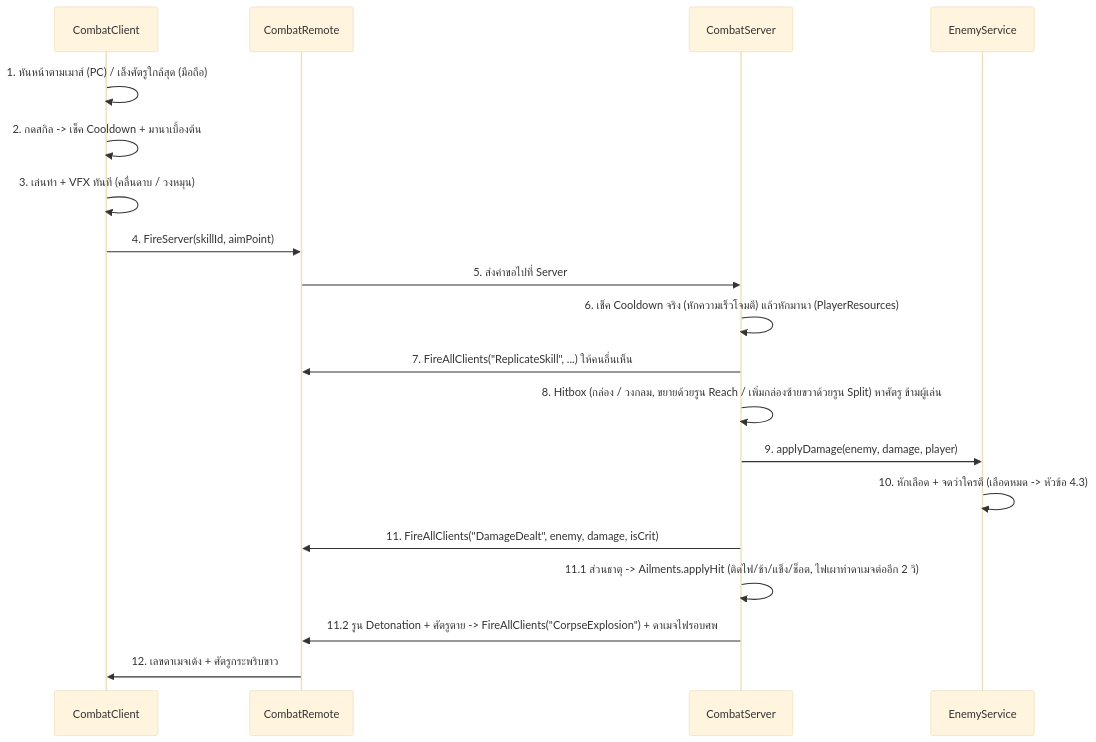
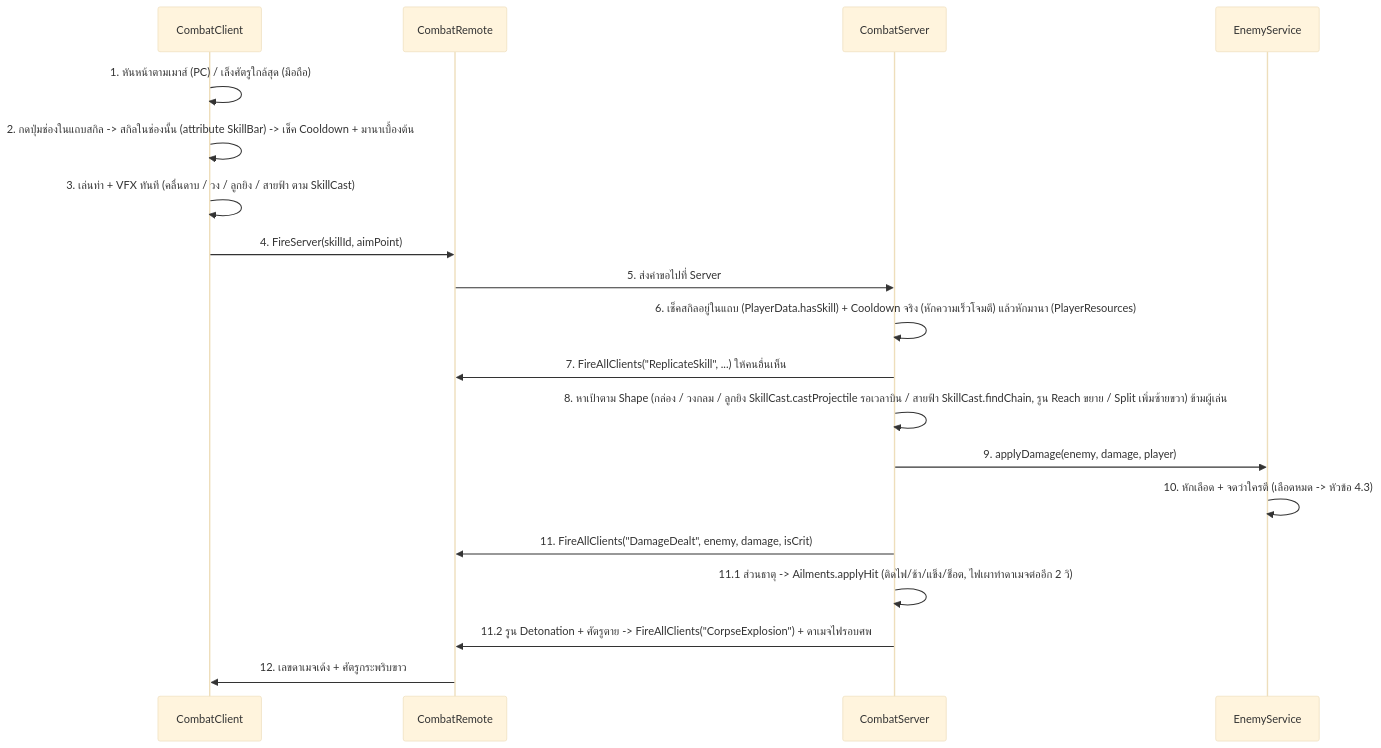
One commit to Weerapap3006/POE-ROBLOX changed the first of 2 diagrams in ARCHITECTURE.md. Above: the diagram before and after it, drawn with Mermaid (base theme). The commit also changed other lines of this file and 24 other files, not shown here.

First line of the commit message:
feat: add skill stones, 4-slot skill bar and class hero mechanics

````diff
--- a/ARCHITECTURE.md
+++ b/ARCHITECTURE.md
@@ -455,22 +527,22 @@
 ```mermaid
 sequenceDiagram
     participant C as CombatClient
     participant R as CombatRemote
     participant S as CombatServer
     participant E as EnemyService
 
     C->>C: 1. หันหน้าตามเมาส์ (PC) / เล็งศัตรูใกล้สุด (มือถือ)
-    C->>C: 2. กดสกิล -> เช็ค Cooldown + มานาเบื้องต้น
-    C->>C: 3. เล่นท่า + VFX ทันที (คลื่นดาบ / วงหมุน)
+    C->>C: 2. กดปุ่มช่องในแถบสกิล -> สกิลในช่องนั้น (attribute SkillBar) -> เช็ค Cooldown + มานาเบื้องต้น
+    C->>C: 3. เล่นท่า + VFX ทันที (คลื่นดาบ / วง / ลูกยิง / สายฟ้า ตาม SkillCast)
     C->>R: 4. FireServer(skillId, aimPoint)
     R->>S: 5. ส่งคำขอไปที่ Server
-    S->>S: 6. เช็ค Cooldown จริง (หักความเร็วโจมตี) แล้วหักมานา (PlayerResources)
+    S->>S: 6. เช็คสกิลอยู่ในแถบ (PlayerData.hasSkill) + Cooldown จริง (หักความเร็วโจมตี) แล้วหักมานา (PlayerResources)
     S->>R: 7. FireAllClients("ReplicateSkill", ...) ให้คนอื่นเห็น
-    S->>S: 8. Hitbox (กล่อง / วงกลม, ขยายด้วยรูน Reach / เพิ่มกล่องซ้ายขวาด้วยรูน Split) หาศัตรู ข้ามผู้เล่น
+    S->>S: 8. หาเป้าตาม Shape (กล่อง / วงกลม / ลูกยิง SkillCast.castProjectile รอเวลาบิน / สายฟ้า SkillCast.findChain, รูน Reach ขยาย / Split เพิ่มซ้ายขวา) ข้ามผู้เล่น
     S->>E: 9. applyDamage(enemy, damage, player)
     E->>E: 10. หักเลือด + จดว่าใครตี (เลือดหมด -> หัวข้อ 4.3)
     S->>R: 11. FireAllClients("DamageDealt", enemy, damage, isCrit)
     S->>S: 11.1 ส่วนธาตุ -> Ailments.applyHit (ติดไฟ/ช้า/แข็ง/ช็อต, ไฟเผาทำดาเมจต่ออีก 2 วิ)
     S->>R: 11.2 รูน Detonation + ศัตรูตาย -> FireAllClients("CorpseExplosion") + ดาเมจไฟรอบศพ
     R->>C: 12. เลขดาเมจเด้ง + ศัตรูกระพริบขาว
 ```
````
